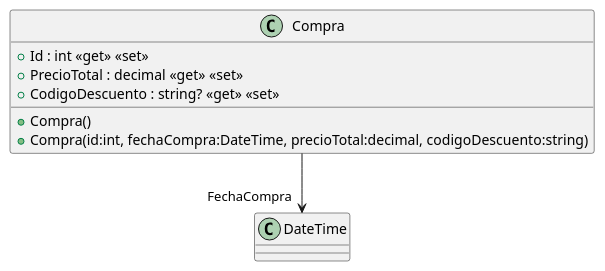
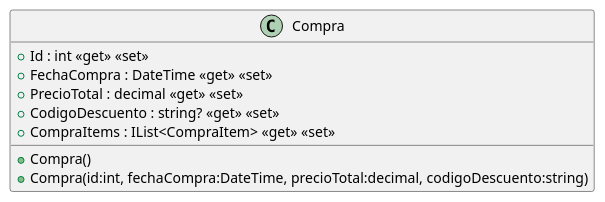
The diagram in src/AppForSEII.API/ClassDiagram/Compra.puml (ISII2627LosElnes/ISII2627LosElnes), drawn with PlantUML before and after one commit. The commit also changed 12 other files, not shown here.

```diff
--- a/src/AppForSEII.API/ClassDiagram/Compra.puml
+++ b/src/AppForSEII.API/ClassDiagram/Compra.puml
@@ -1,10 +1,11 @@
 @startuml
 class Compra {
     + Compra()
     + Compra(id:int, fechaCompra:DateTime, precioTotal:decimal, codigoDescuento:string)
     + Id : int <<get>> <<set>>
+    + FechaCompra : DateTime <<get>> <<set>>
     + PrecioTotal : decimal <<get>> <<set>>
     + CodigoDescuento : string? <<get>> <<set>>
+    + CompraItems : IList<CompraItem> <<get>> <<set>>
 }
-Compra --> "FechaCompra" DateTime
 @enduml
```
